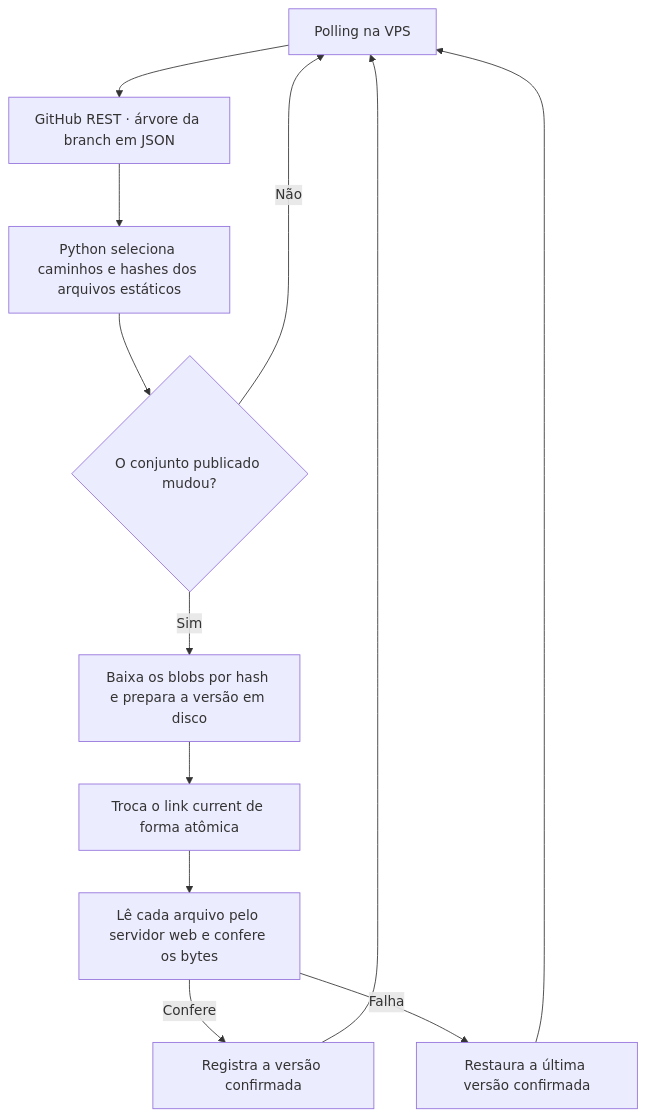
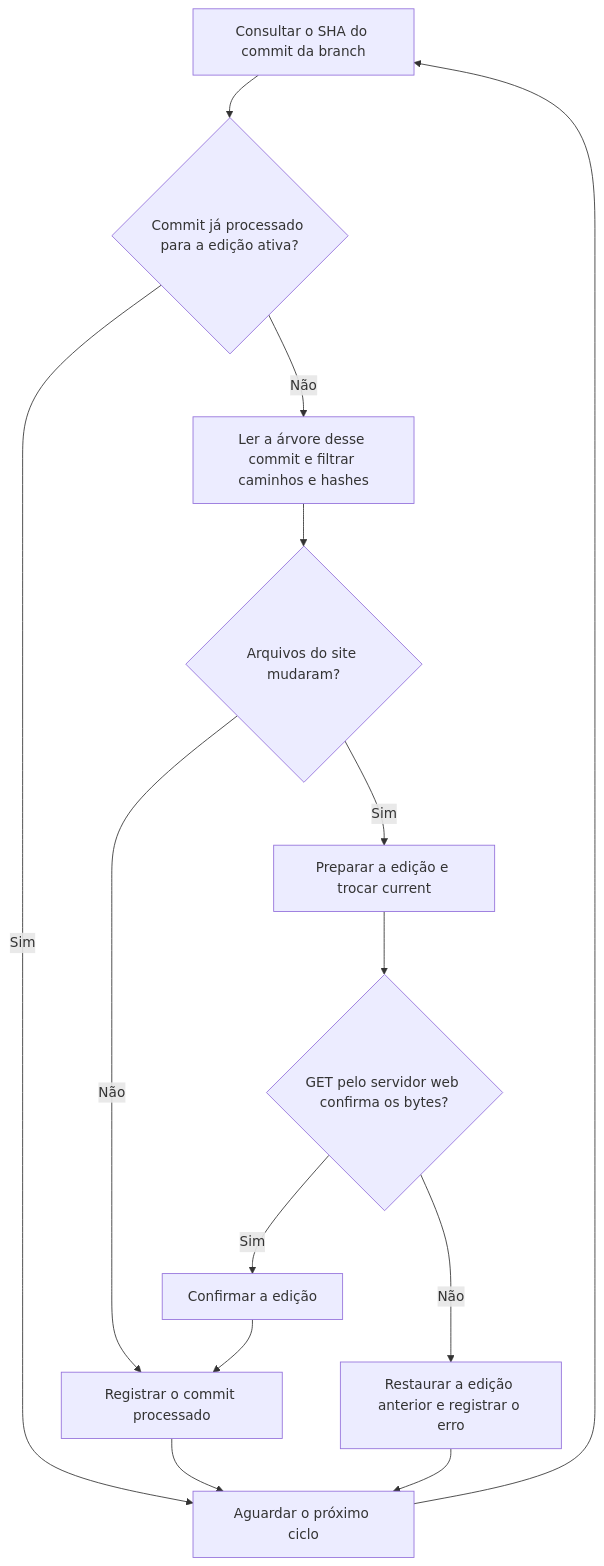
The diagram in README.md (iagobg/publicador-estatico), drawn with Mermaid before and after one commit. The commit also changed other lines of this file and 6 other files, not shown here.

Commit message:
Consulta o commit da branch antes de carregar a árvore do site

````diff
--- a/README.md
+++ b/README.md
@@ -13,14 +13,14 @@
 ```mermaid
 flowchart TD
-    A["Polling na VPS"] --> B["GitHub REST · árvore da branch em JSON"]
-    B --> C["Python seleciona caminhos e hashes dos arquivos estáticos"]
-    C --> D{"O conjunto publicado mudou?"}
-    D -->|Não| A
-    D -->|Sim| E["Baixa os blobs por hash e prepara a versão em disco"]
-    E --> F["Troca o link current de forma atômica"]
-    F --> G["Lê cada arquivo pelo servidor web e confere os bytes"]
-    G -->|Confere| H["Registra a versão confirmada"]
-    G -->|Falha| I["Restaura a última versão confirmada"]
-    H --> A
-    I --> A
+    A["Consultar o SHA do commit da branch"] --> B{"Commit já processado para a edição ativa?"}
+    B -->|Sim| W["Aguardar o próximo ciclo"]
+    B -->|Não| C["Ler a árvore desse commit e filtrar caminhos e hashes"]
+    C --> D{"Arquivos do site mudaram?"}
+    D -->|Não| H["Registrar o commit processado"]
+    D -->|Sim| E["Preparar a edição e trocar current"]
+    E --> F{"GET pelo servidor web confirma os bytes?"}
+    F -->|Sim| G["Confirmar a edição"] --> H
+    F -->|Não| I["Restaurar a edição anterior e registrar o erro"] --> W
+    H --> W
+    W --> A
 ```
````
